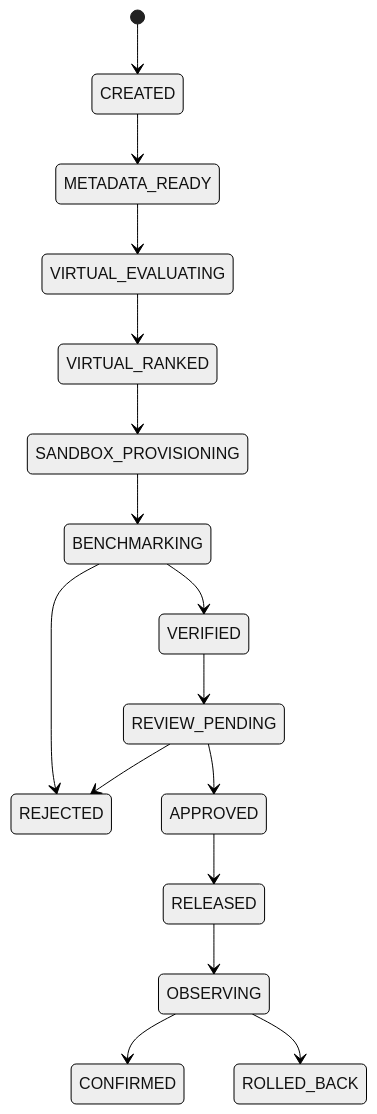
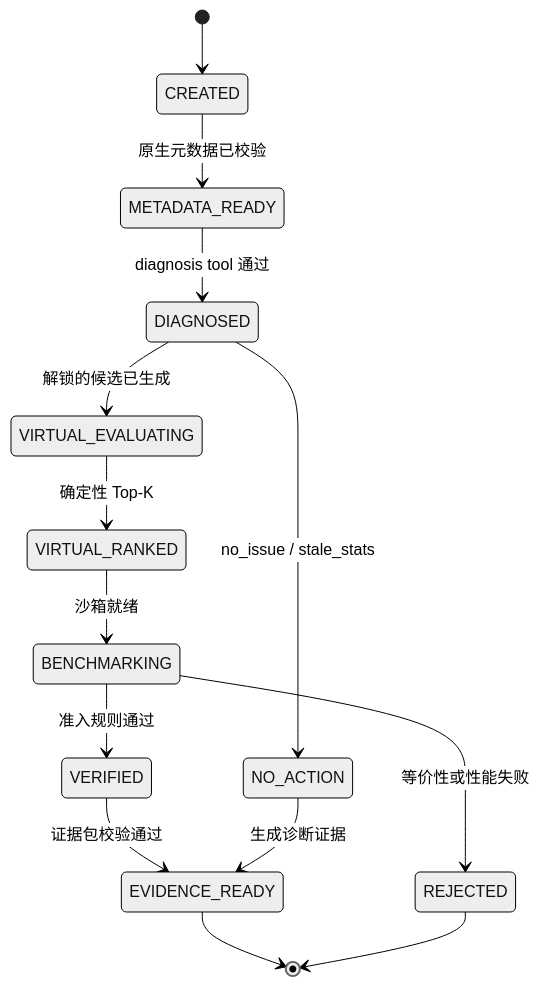
Before and after one commit to Simmons749/sql-agent: the second of 3 diagrams in README.md, drawn with Mermaid (neutral theme). The commit also changed other lines of this file, not shown here.

````diff
--- a/README.md
+++ b/README.md
@@ -57,18 +62,16 @@
 ```mermaid
 stateDiagram-v2
     [*] --> CREATED
-    CREATED --> METADATA_READY
-    METADATA_READY --> VIRTUAL_EVALUATING
-    VIRTUAL_EVALUATING --> VIRTUAL_RANKED
-    VIRTUAL_RANKED --> SANDBOX_PROVISIONING
-    SANDBOX_PROVISIONING --> BENCHMARKING
-    BENCHMARKING --> VERIFIED
-    BENCHMARKING --> REJECTED
-    VERIFIED --> REVIEW_PENDING
-    REVIEW_PENDING --> APPROVED
-    REVIEW_PENDING --> REJECTED
-    APPROVED --> RELEASED
-    RELEASED --> OBSERVING
-    OBSERVING --> CONFIRMED
-    OBSERVING --> ROLLED_BACK
+    CREATED --> METADATA_READY: 原生元数据已校验
+    METADATA_READY --> DIAGNOSED: diagnosis tool 通过
+    DIAGNOSED --> VIRTUAL_EVALUATING: 解锁的候选已生成
+    DIAGNOSED --> NO_ACTION: no_issue / stale_stats
+    VIRTUAL_EVALUATING --> VIRTUAL_RANKED: 确定性 Top-K
+    VIRTUAL_RANKED --> BENCHMARKING: 沙箱就绪
+    BENCHMARKING --> VERIFIED: 准入规则通过
+    BENCHMARKING --> REJECTED: 等价性或性能失败
+    VERIFIED --> EVIDENCE_READY: 证据包校验通过
+    NO_ACTION --> EVIDENCE_READY: 生成诊断证据
+    EVIDENCE_READY --> [*]
+    REJECTED --> [*]
 ```
````
